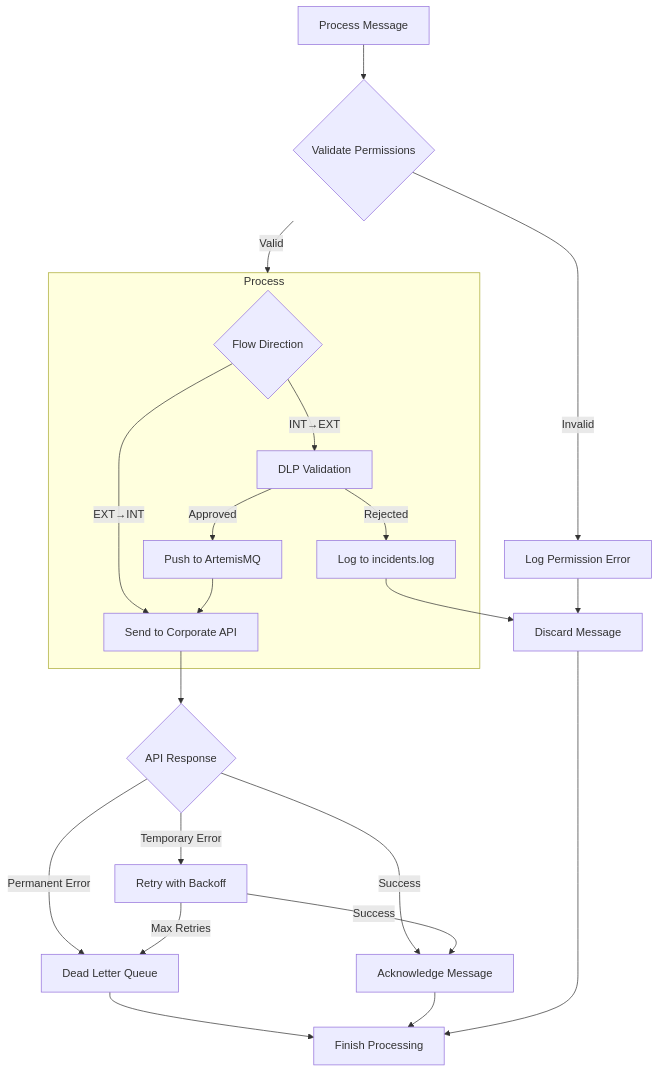
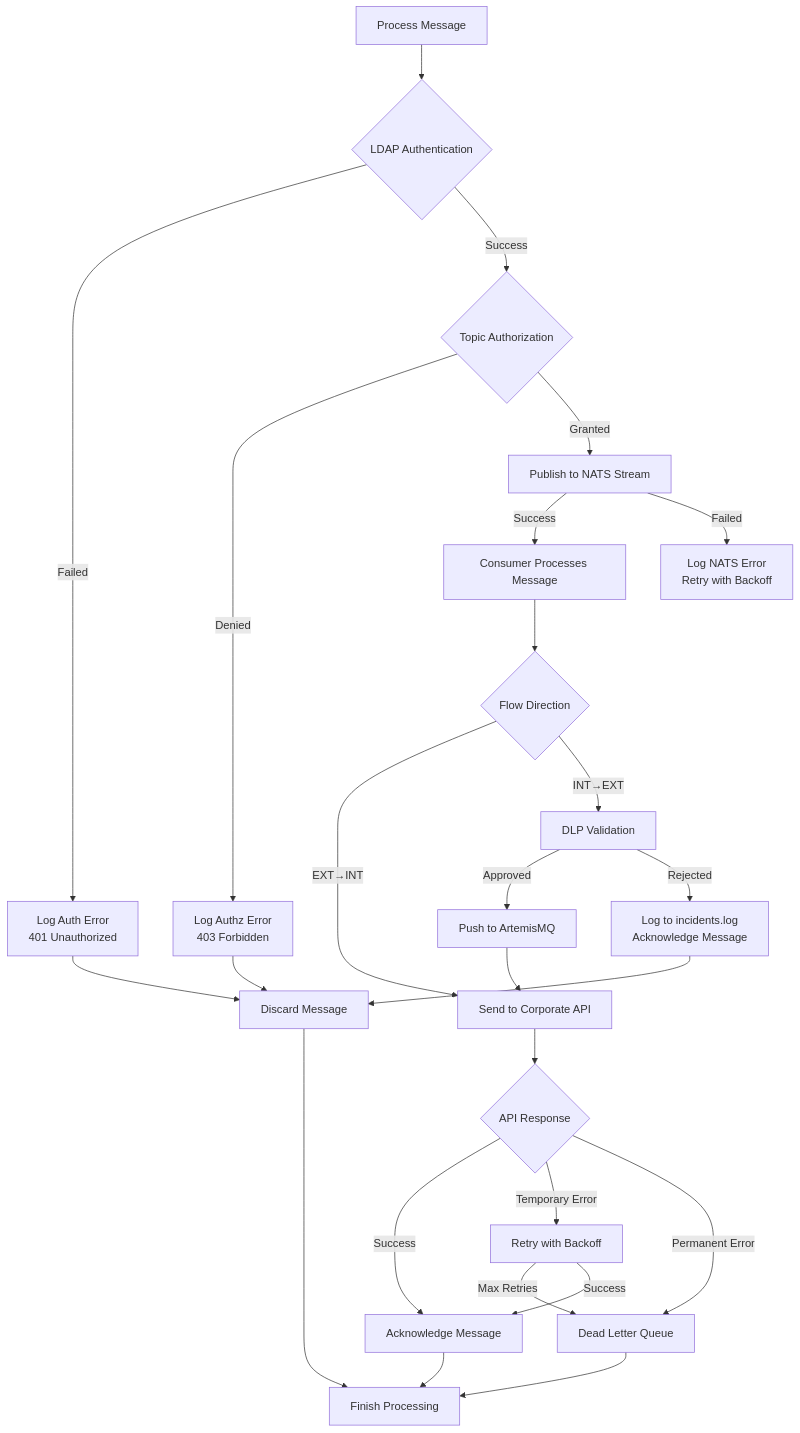
Before and after one commit to GusevVlad/smts: the fifth of 5 diagrams in README.md, drawn with Mermaid. The commit also changed other lines of this file and 9 other files, not shown here.

````diff
--- a/README.md
+++ b/README.md
@@ -152,30 +237,35 @@
 ```mermaid
 flowchart TD
-    Start[Process Message] --> Validate{Validate Permissions}
-    Validate -->|Invalid| LogError[Log Permission Error]
-    Validate -->|Valid| Process
+    Start[Process Message] --> LDAPAuth{LDAP Authentication}
+    LDAPAuth -->|Failed| AuthError[Log Auth Error<br/>401 Unauthorized]
+    LDAPAuth -->|Success| TopicAuth{Topic Authorization}
     
-    subgraph Process
-        Direction{Flow Direction}
-        Direction -->|EXT→INT| SendAPI[Send to Corporate API]
-        Direction -->|INT→EXT| DLPCheck[DLP Validation]
-        
-        DLPCheck -->|Approved| SendArtemis[Push to ArtemisMQ]
-        DLPCheck -->|Rejected| LogDLPError[Log to incidents.log]
-        SendArtemis --> SendAPI
-    end
-
+    TopicAuth -->|Denied| AuthzError[Log Authz Error<br/>403 Forbidden]
+    TopicAuth -->|Granted| NATSPublish[Publish to NATS Stream]
+    
+    NATSPublish -->|Success| ConsumerProcess[Consumer Processes Message]
+    NATSPublish -->|Failed| NATSError[Log NATS Error<br/>Retry with Backoff]
+    
+    ConsumerProcess --> ProcessFlow{Flow Direction}
+    ProcessFlow -->|EXT→INT| SendAPI[Send to Corporate API]
+    ProcessFlow -->|INT→EXT| DLPCheck[DLP Validation]
+    
+    DLPCheck -->|Approved| SendArtemis[Push to ArtemisMQ]
+    DLPCheck -->|Rejected| LogDLPError[Log to incidents.log<br/>Acknowledge Message]
+    SendArtemis --> SendAPI
+    
     SendAPI --> APIResult{API Response}
     APIResult -->|Success| Ack[Acknowledge Message]
     APIResult -->|Temporary Error| Retry[Retry with Backoff]
     APIResult -->|Permanent Error| DeadLetter[Dead Letter Queue]
     
     Retry -->|Max Retries| DeadLetter
     Retry -->|Success| Ack
     
-    LogError --> Discard[Discard Message]
+    AuthError --> Discard[Discard Message]
+    AuthzError --> Discard
     LogDLPError --> Discard
     DeadLetter --> Finish[Finish Processing]
     Ack --> Finish
     Discard --> Finish
 ```
````
